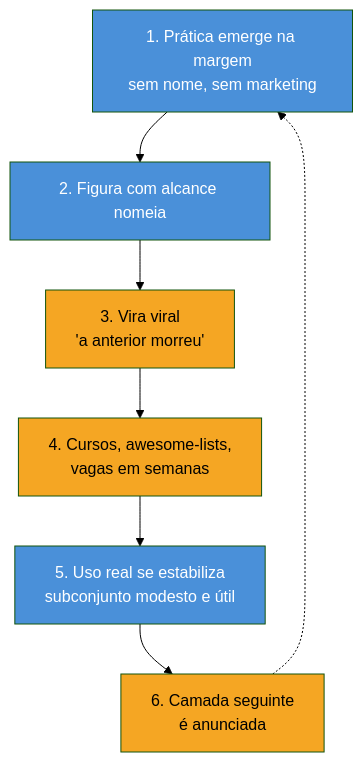
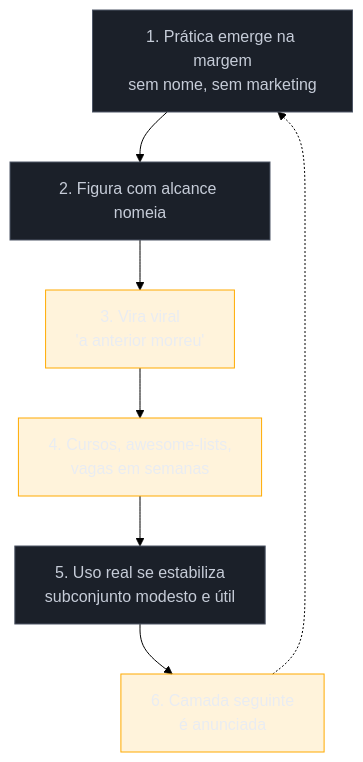
One commit to josenaldo/codex-technomanticus changed the diagram in 03-Dominios/Tecnologia/IA/Evolução da Engenharia de IA/08 - Hype, ceticismo e mercado — lendo o próximo ciclo.md. Above: the diagram before and after it, drawn with Mermaid (forest theme). The commit also changed 1181 other files, not shown here.

First line of the commit message:
fix(diagramas): paleta do sistema no lugar de cor cravada no markdown

````diff
--- a/03-Dominios/Tecnologia/IA/Evolução da Engenharia de IA/08 - Hype, ceticismo e mercado — lendo o próximo ciclo.md
+++ b/03-Dominios/Tecnologia/IA/Evolução da Engenharia de IA/08 - Hype, ceticismo e mercado — lendo o próximo ciclo.md
@@ -56,16 +56,18 @@
 ```mermaid
 graph TD
+    classDef neutro fill:#1B2029,stroke:#4E5666,color:#C6CCD8
+    classDef destaque fill:#FFAA0024,stroke:#FFAA00,color:#E9ECF2
     A["1. Prática emerge na margem<br/>sem nome, sem marketing"] --> B["2. Figura com alcance nomeia"]
     B --> C["3. Vira viral<br/>'a anterior morreu'"]
     C --> D["4. Cursos, awesome-lists,<br/>vagas em semanas"]
     D --> E["5. Uso real se estabiliza<br/>subconjunto modesto e útil"]
     E --> F["6. Camada seguinte<br/>é anunciada"]
     F -.-> A
 
-    style A fill:#4A90D9,color:#fff
-    style B fill:#4A90D9,color:#fff
-    style C fill:#F5A623,color:#000
-    style D fill:#F5A623,color:#000
-    style E fill:#4A90D9,color:#fff
-    style F fill:#F5A623,color:#000
+    class A neutro
+    class B neutro
+    class C destaque
+    class D destaque
+    class E neutro
+    class F destaque
 ```
````
